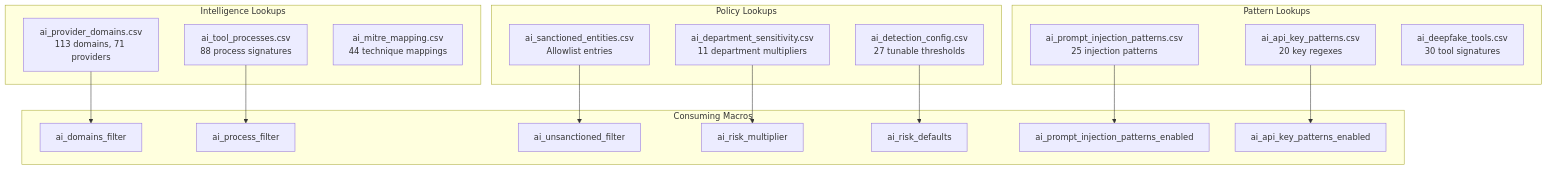
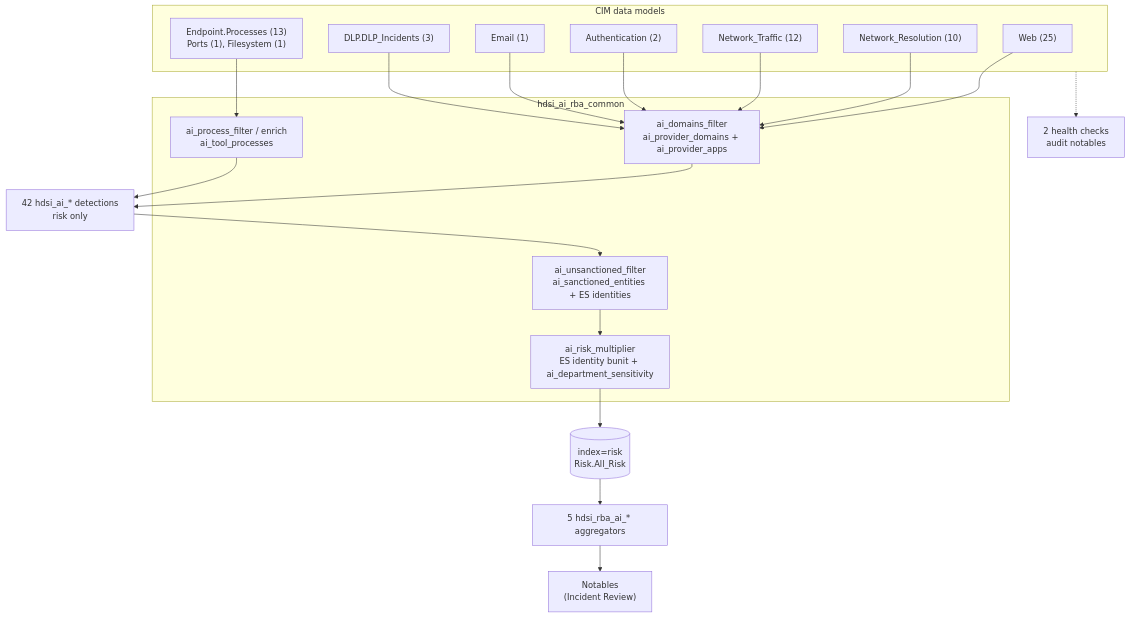
One commit to cybermock/ai-detections changed the second of 4 diagrams in docs/ARCHITECTURE.md. Above: the diagram before and after it, drawn with Mermaid. The commit also changed other lines of this file and 332 other files, not shown here.

````diff
--- a/docs/ARCHITECTURE.md
+++ b/docs/ARCHITECTURE.md
@@ -127,38 +113,32 @@
 ```mermaid
 flowchart TD
-    subgraph "Policy Lookups"
-        L1["ai_sanctioned_entities.csv<br/>Allowlist entries"]
-        L2["ai_detection_config.csv<br/>27 tunable thresholds"]
-        L3["ai_department_sensitivity.csv<br/>11 department multipliers"]
+    subgraph SRC["CIM data models"]
+        WEB["Web (25)"]
+        DNS["Network_Resolution (10)"]
+        NET["Network_Traffic (12)"]
+        PROC["Endpoint.Processes (13)<br/>Ports (1), Filesystem (1)"]
+        AUTH["Authentication (2)"]
+        EMAIL["Email (1)"]
+        DLPM["DLP.DLP_Incidents (3)"]
     end
 
-    subgraph "Intelligence Lookups"
-        L4["ai_provider_domains.csv<br/>113 domains, 71 providers"]
-        L5["ai_tool_processes.csv<br/>88 process signatures"]
-        L6["ai_mitre_mapping.csv<br/>44 technique mappings"]
+    subgraph COMMON["hdsi_ai_rba_common"]
+        RES["ai_domains_filter<br/>ai_provider_domains + ai_provider_apps"]
+        PRO["ai_process_filter / enrich<br/>ai_tool_processes"]
+        ALW["ai_unsanctioned_filter<br/>ai_sanctioned_entities + ES identities"]
+        MUL["ai_risk_multiplier<br/>ES identity bunit + ai_department_sensitivity"]
     end
 
-    subgraph "Pattern Lookups"
-        L7["ai_prompt_injection_patterns.csv<br/>25 injection patterns"]
-        L8["ai_api_key_patterns.csv<br/>20 key regexes"]
-        L9["ai_deepfake_tools.csv<br/>30 tool signatures"]
-    end
+    DET["42 hdsi_ai_* detections<br/>risk only"]
+    RISK[("index=risk<br/>Risk.All_Risk")]
+    AGG["5 hdsi_rba_ai_* aggregators"]
+    NOT["Notables<br/>(Incident Review)"]
+    HEALTH["2 health checks<br/>audit notables"]
 
-    subgraph "Consuming Macros"
-        M1["ai_domains_filter"]
-        M2["ai_process_filter"]
-        M3["ai_unsanctioned_filter"]
-        M4["ai_risk_multiplier"]
-        M5["ai_risk_defaults"]
-        M6["ai_prompt_injection_patterns_enabled"]
-        M7["ai_api_key_patterns_enabled"]
-    end
-
-    L1 --> M3
-    L2 --> M5
-    L3 --> M4
-    L4 --> M1
-    L5 --> M2
-    L7 --> M6
-    L8 --> M7
+    WEB & DNS & NET & AUTH & EMAIL & DLPM --> RES
+    PROC --> PRO
+    RES & PRO --> DET
+    DET --> ALW --> MUL --> RISK
+    RISK --> AGG --> NOT
+    SRC -.-> HEALTH
 ```
````
